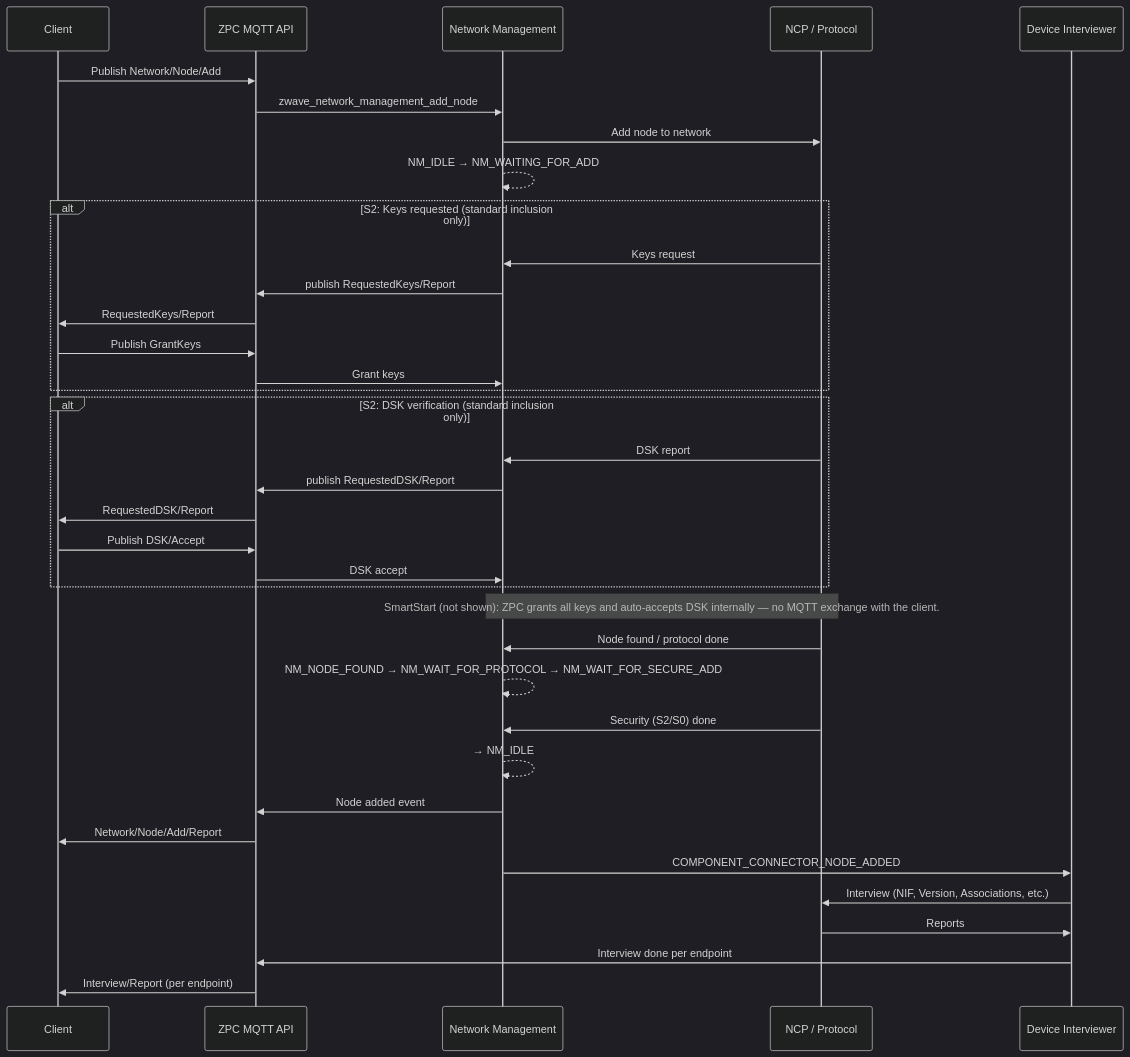
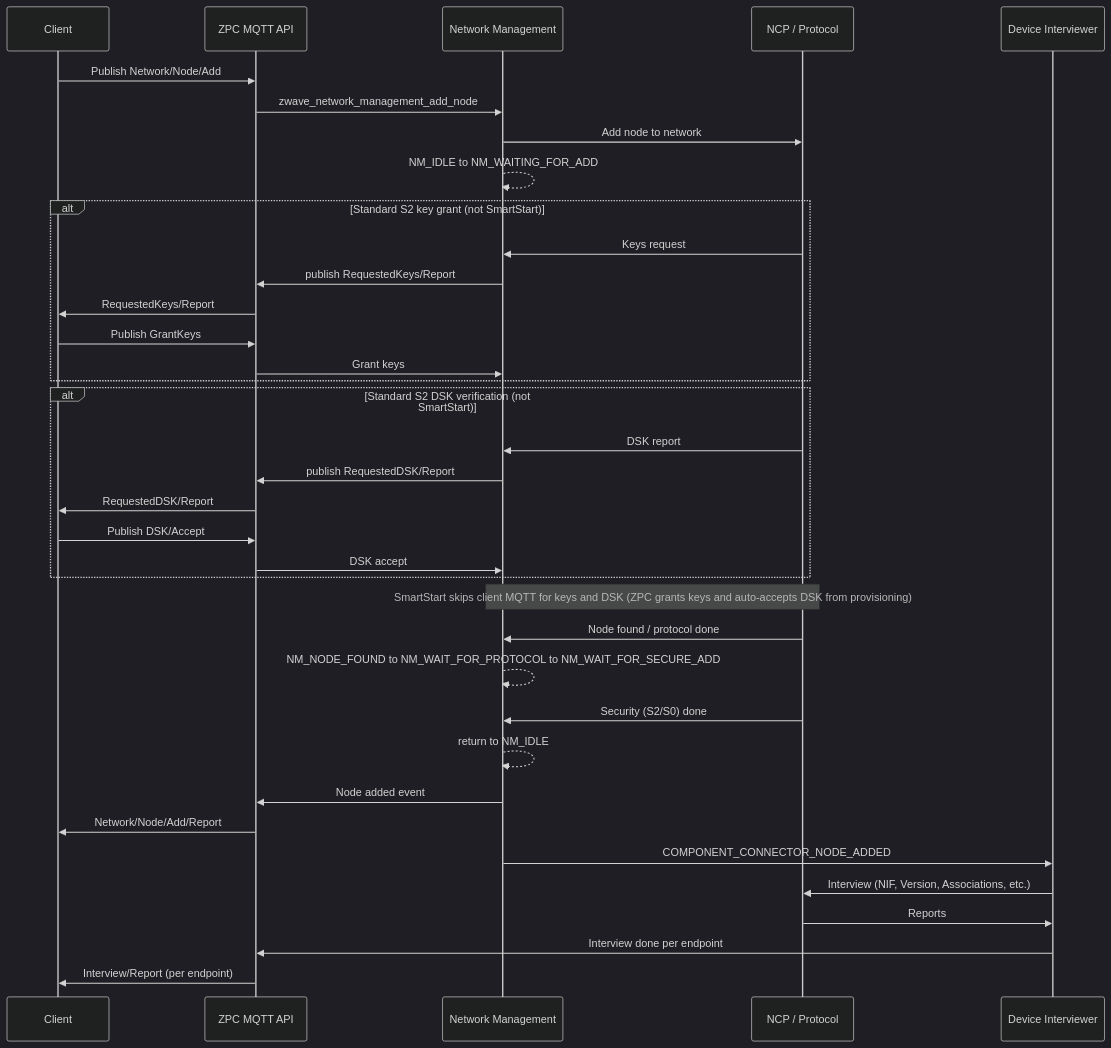
One commit to SiliconLabsSoftware/z-wave-protocol-controller changed the diagram in docs/sequences/inclusion_flow.md. Above: the diagram before and after it, drawn with Mermaid (dark theme). The commit also changed 5 other files, not shown here.

Commit message:
#186: Fix inclusion-exclusion flow sequence diagrams (#187)

````diff
--- a/docs/sequences/inclusion_flow.md
+++ b/docs/sequences/inclusion_flow.md
@@ -47,44 +47,44 @@
 ```mermaid
 sequenceDiagram
     participant Client
     participant MqttApi as ZPC MQTT API
     participant NM as Network Management
     participant NCP as NCP / Protocol
     participant DI as Device Interviewer
 
     Client->>MqttApi: Publish Network/Node/Add
     MqttApi->>NM: zwave_network_management_add_node
     NM->>NCP: Add node to network
-    NM-->>NM: NM_IDLE → NM_WAITING_FOR_ADD
+    NM-->>NM: NM_IDLE to NM_WAITING_FOR_ADD
 
-    alt S2: Keys requested (standard inclusion only)
+    alt Standard S2 key grant (not SmartStart)
         NCP->>NM: Keys request
         NM->>MqttApi: publish RequestedKeys/Report
         MqttApi->>Client: RequestedKeys/Report
         Client->>MqttApi: Publish GrantKeys
         MqttApi->>NM: Grant keys
     end
 
-    alt S2: DSK verification (standard inclusion only)
+    alt Standard S2 DSK verification (not SmartStart)
         NCP->>NM: DSK report
         NM->>MqttApi: publish RequestedDSK/Report
         MqttApi->>Client: RequestedDSK/Report
         Client->>MqttApi: Publish DSK/Accept
         MqttApi->>NM: DSK accept
     end
 
-    Note over NM,NCP: SmartStart (not shown): ZPC grants all keys and auto-accepts DSK internally — no MQTT exchange with the client.
+    Note over NM,NCP: SmartStart skips client MQTT for keys and DSK (ZPC grants keys and auto-accepts DSK from provisioning)
 
     NCP->>NM: Node found / protocol done
-    NM-->>NM: NM_NODE_FOUND → NM_WAIT_FOR_PROTOCOL → NM_WAIT_FOR_SECURE_ADD
+    NM-->>NM: NM_NODE_FOUND to NM_WAIT_FOR_PROTOCOL to NM_WAIT_FOR_SECURE_ADD
     NCP->>NM: Security (S2/S0) done
-    NM-->>NM: → NM_IDLE
+    NM-->>NM: return to NM_IDLE
     NM->>MqttApi: Node added event
     MqttApi->>Client: Network/Node/Add/Report
 
     NM->>DI: COMPONENT_CONNECTOR_NODE_ADDED
     DI->>NCP: Interview (NIF, Version, Associations, etc.)
     NCP->>DI: Reports
     DI->>MqttApi: Interview done per endpoint
     MqttApi->>Client: Interview/Report (per endpoint)
 ```
````
